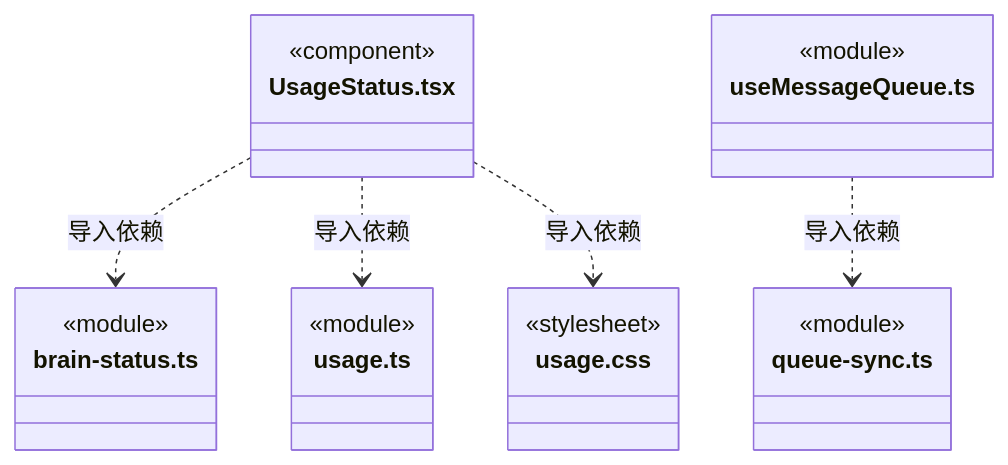
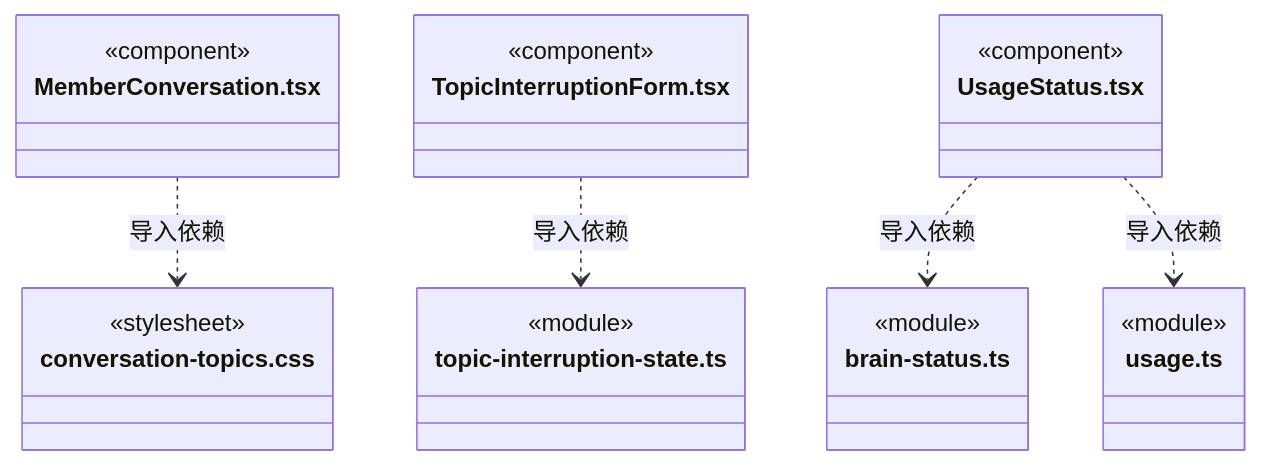
Diagram 51 of 54 in src/view/conversation/ARCHITECTURE.md (nan023062/cbim), drawn with Mermaid before and after one commit. The commit also changed other lines of this file and 19 other files, not shown here.

````diff
--- a/src/view/conversation/ARCHITECTURE.md
+++ b/src/view/conversation/ARCHITECTURE.md
@@ -736,25 +826,28 @@
 ```mermaid
 classDiagram
+class N_src_view_conversation_MemberConversation_tsx["MemberConversation.tsx"] {
+  <<component>>
+}
+class N_src_view_conversation_conversation_topics_css["conversation-topics.css"] {
+  <<stylesheet>>
+}
+class N_src_view_conversation_TopicInterruptionForm_tsx["TopicInterruptionForm.tsx"] {
+  <<component>>
+}
+class N_src_view_conversation_topic_interruption_state_ts["topic-interruption-state.ts"] {
+  <<module>>
+}
 class N_src_view_conversation_UsageStatus_tsx["UsageStatus.tsx"] {
   <<component>>
 }
 class N_src_view_conversation_brain_status_ts["brain-status.ts"] {
   <<module>>
 }
 class N_src_view_conversation_usage_ts["usage.ts"] {
   <<module>>
 }
-class N_src_view_conversation_usage_css["usage.css"] {
-  <<stylesheet>>
-}
-class N_src_view_conversation_useMessageQueue_ts["useMessageQueue.ts"] {
-  <<module>>
-}
-class N_src_view_conversation_queue_sync_ts["queue-sync.ts"] {
-  <<module>>
-}
+N_src_view_conversation_MemberConversation_tsx ..> N_src_view_conversation_conversation_topics_css : 导入依赖
+N_src_view_conversation_TopicInterruptionForm_tsx ..> N_src_view_conversation_topic_interruption_state_ts : 导入依赖
 N_src_view_conversation_UsageStatus_tsx ..> N_src_view_conversation_brain_status_ts : 导入依赖
 N_src_view_conversation_UsageStatus_tsx ..> N_src_view_conversation_usage_ts : 导入依赖
-N_src_view_conversation_UsageStatus_tsx ..> N_src_view_conversation_usage_css : 导入依赖
-N_src_view_conversation_useMessageQueue_ts ..> N_src_view_conversation_queue_sync_ts : 导入依赖
 ```
````
